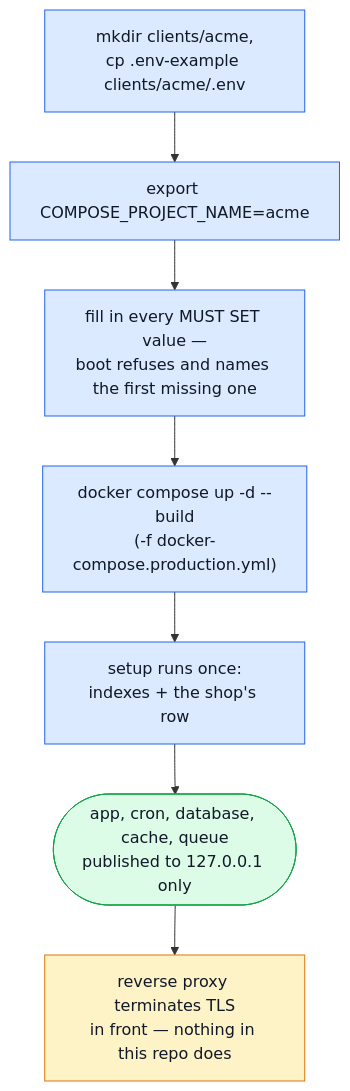
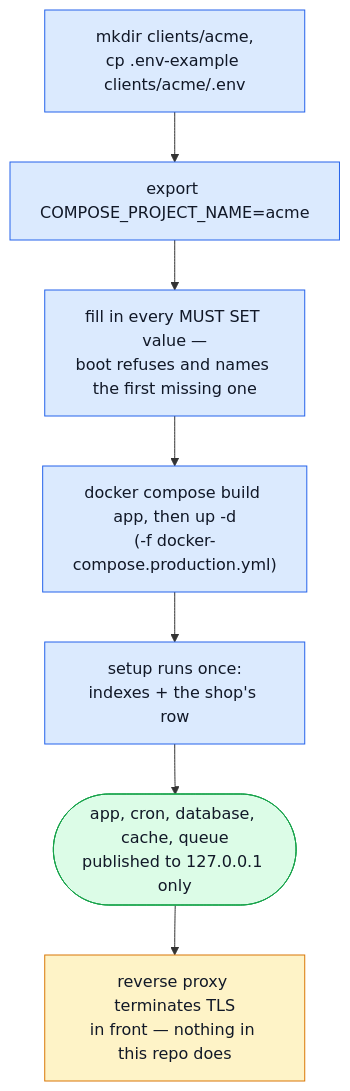
The diagram in docs/getting-started-production.md (Guebbit/boilerplate-node-backend), drawn with Mermaid before and after one commit. The commit also changed other lines of this file and 1 other file, not shown here.

First line of the commit message:
docs(deploy): build the app image before the first up, and set NODE_TRUST_PROXY_HOPS behind a proxy

````diff
--- a/docs/getting-started-production.md
+++ b/docs/getting-started-production.md
@@ -19,16 +19,16 @@
 ```mermaid
 flowchart TD
     Dir["mkdir clients/acme,\ncp .env-example clients/acme/.env"] --> Name["export COMPOSE_PROJECT_NAME=acme"]
     Name --> Secrets["fill in every MUST SET value —\nboot refuses and names the first missing one"]
-    Secrets --> Up["docker compose up -d --build\n(-f docker-compose.production.yml)"]
+    Secrets --> Up["docker compose build app, then up -d\n(-f docker-compose.production.yml)"]
     Up --> Setup["setup runs once:\nindexes + the shop's row"]
     Setup --> Running(["app, cron, database, cache, queue\npublished to 127.0.0.1 only"])
     Running --> Proxy["reverse proxy terminates TLS\nin front — nothing in this repo does"]
 
     classDef step fill:#dbeafe,stroke:#2563eb,color:#111827;
     classDef done fill:#dcfce7,stroke:#16a34a,color:#111827;
     classDef warn fill:#fef3c7,stroke:#d97706,color:#111827;
     class Dir,Name,Secrets,Up,Setup step;
     class Running done;
     class Proxy warn;
 ```
````
